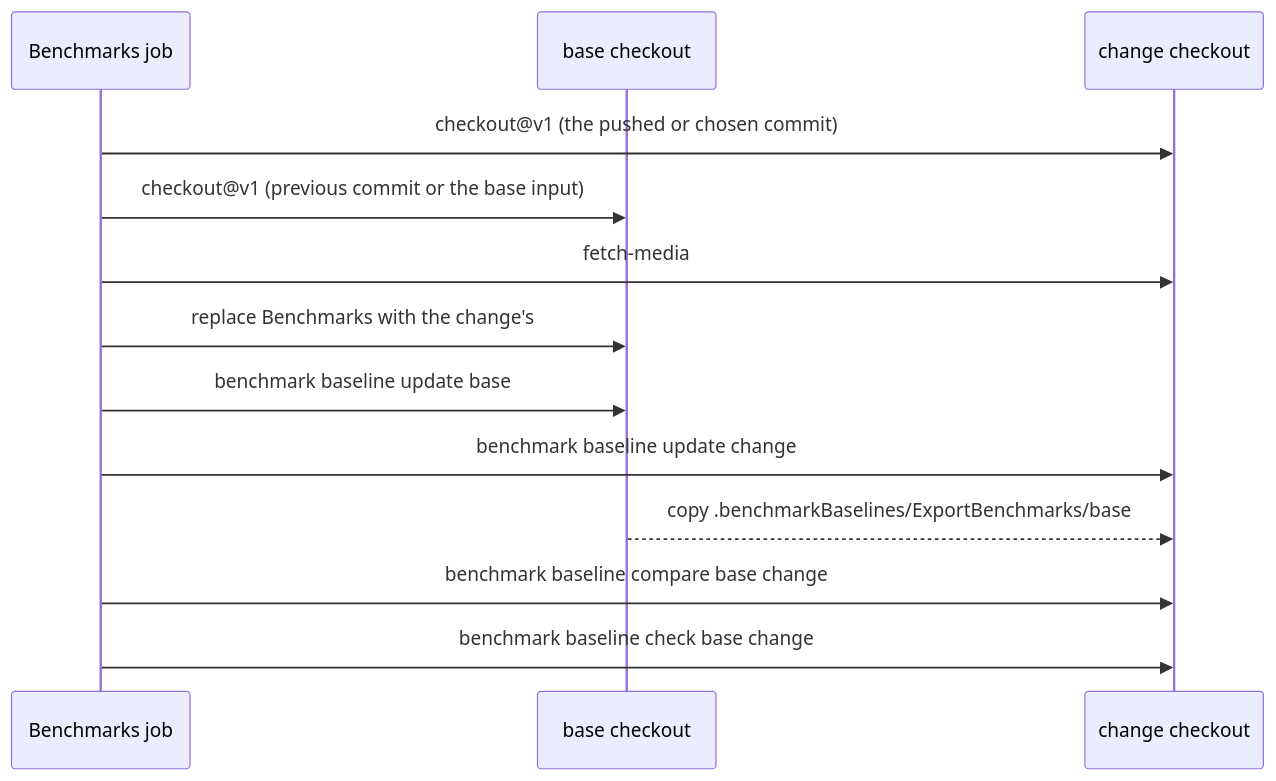
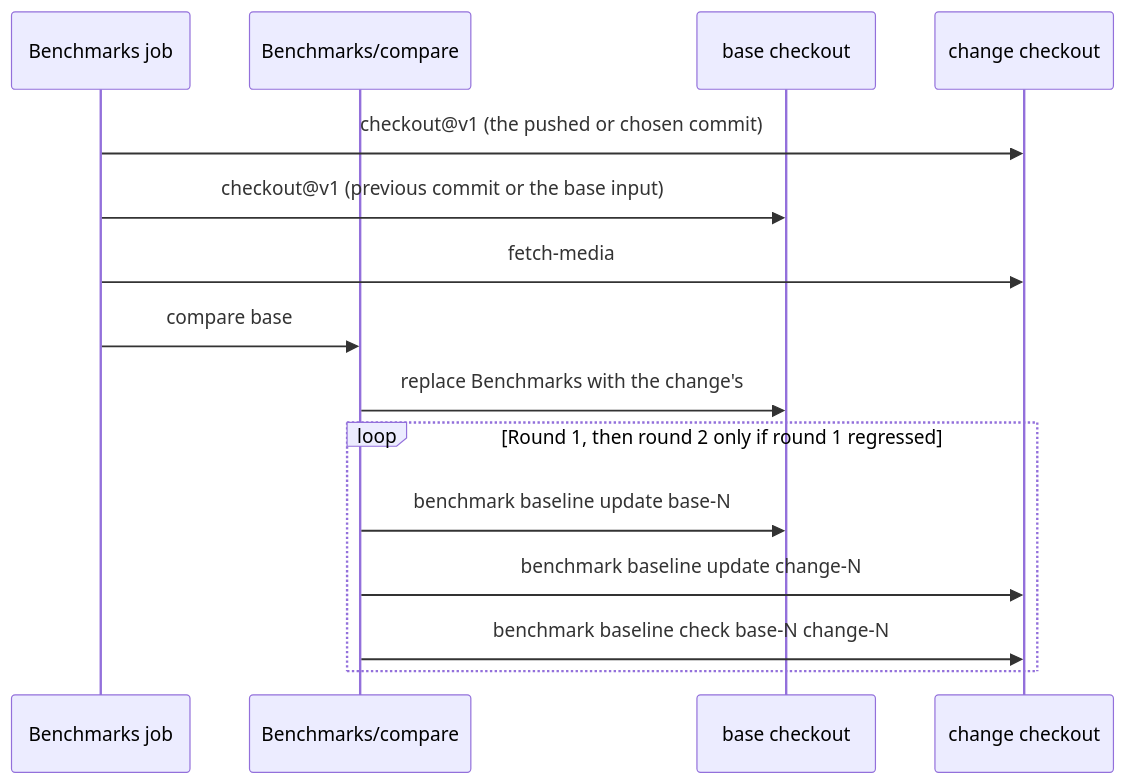
The diagram in Benchmarks/Readme.md (samsonjs/SJSAssetExportSession), drawn with Mermaid before and after one commit. The commit also changed other lines of this file and 3 other files, not shown here.

````diff
--- a/Benchmarks/Readme.md
+++ b/Benchmarks/Readme.md
@@ -97,15 +102,17 @@
 ```mermaid
 sequenceDiagram
     participant Job as Benchmarks job
+    participant Compare as Benchmarks/compare
     participant Base as base checkout
     participant Change as change checkout
     Job->>Change: checkout@v1 (the pushed or chosen commit)
     Job->>Base: checkout@v1 (previous commit or the base input)
     Job->>Change: fetch-media
-    Job->>Base: replace Benchmarks with the change's
-    Job->>Base: benchmark baseline update base
-    Job->>Change: benchmark baseline update change
-    Base-->>Change: copy .benchmarkBaselines/ExportBenchmarks/base
-    Job->>Change: benchmark baseline compare base change
-    Job->>Change: benchmark baseline check base change
+    Job->>Compare: compare base
+    Compare->>Base: replace Benchmarks with the change's
+    loop Round 1, then round 2 only if round 1 regressed
+        Compare->>Base: benchmark baseline update base-N
+        Compare->>Change: benchmark baseline update change-N
+        Compare->>Change: benchmark baseline check base-N change-N
+    end
 ```
````
